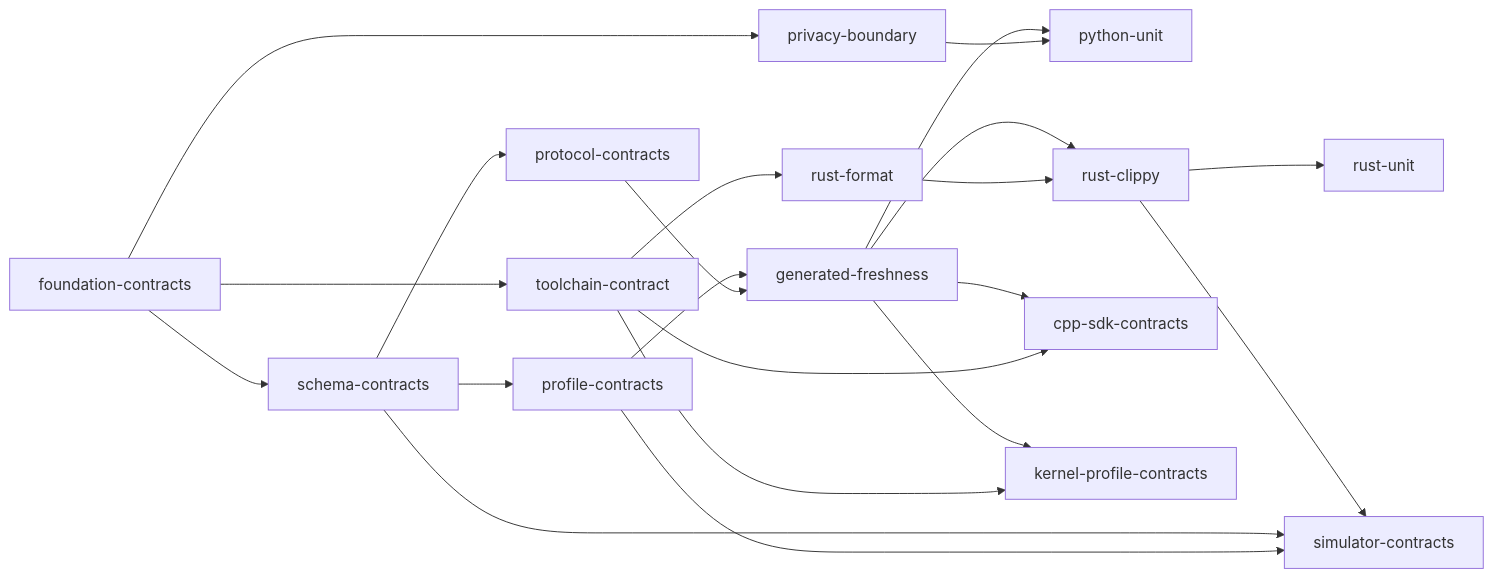
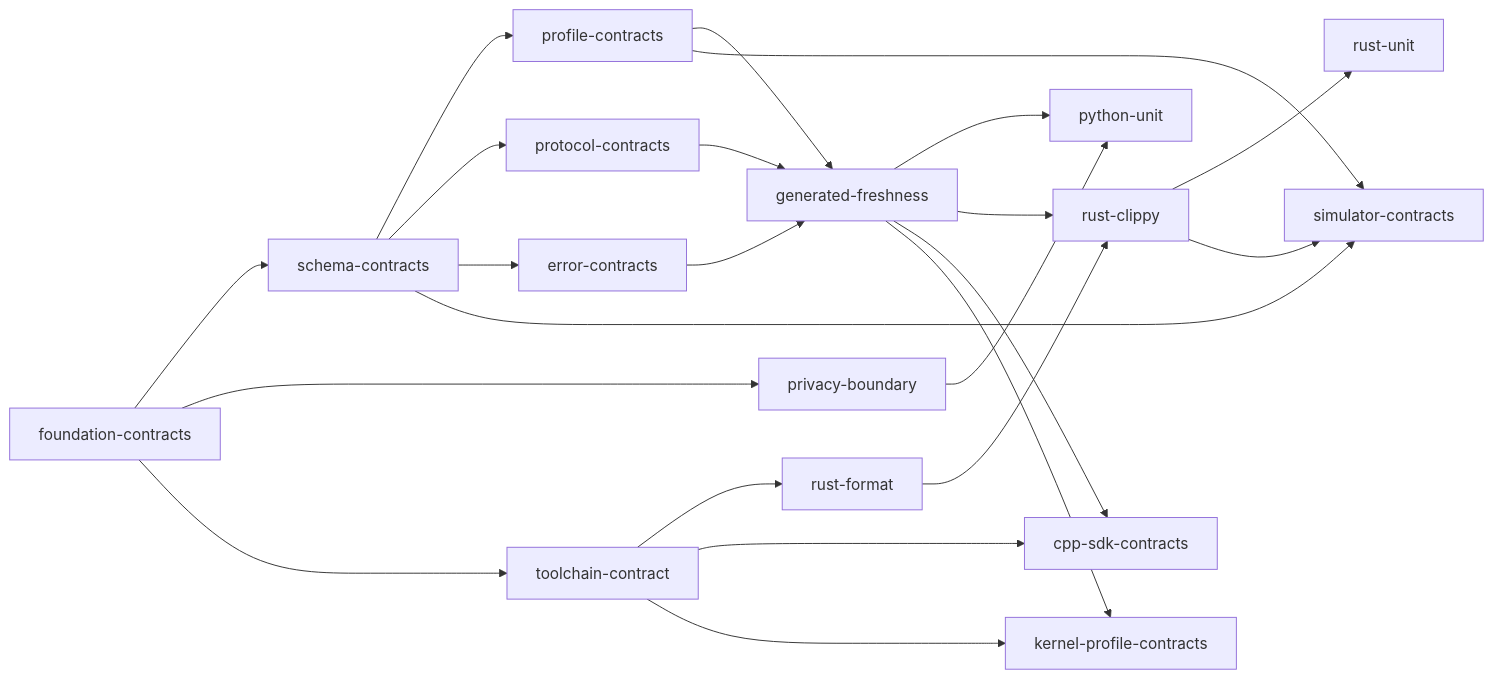
Before and after one commit to offalexjackson777-stack/hyperflux-next: the diagram in docs/generated/verification.md, drawn with Mermaid. The commit also changed other lines of this file and 48 other files, not shown here.

````diff
--- a/docs/generated/verification.md
+++ b/docs/generated/verification.md
@@ -27,37 +28,40 @@
 ```mermaid
 flowchart LR
     foundation_contracts["foundation-contracts"]
     schema_contracts["schema-contracts"]
     privacy_boundary["privacy-boundary"]
     toolchain_contract["toolchain-contract"]
     profile_contracts["profile-contracts"]
     protocol_contracts["protocol-contracts"]
+    error_contracts["error-contracts"]
     rust_format["rust-format"]
     generated_freshness["generated-freshness"]
     python_unit["python-unit"]
     rust_clippy["rust-clippy"]
     cpp_sdk_contracts["cpp-sdk-contracts"]
     kernel_profile_contracts["kernel-profile-contracts"]
     rust_unit["rust-unit"]
     simulator_contracts["simulator-contracts"]
     foundation_contracts --> schema_contracts
     foundation_contracts --> privacy_boundary
     foundation_contracts --> toolchain_contract
     schema_contracts --> profile_contracts
     schema_contracts --> protocol_contracts
+    schema_contracts --> error_contracts
     toolchain_contract --> rust_format
     profile_contracts --> generated_freshness
     protocol_contracts --> generated_freshness
+    error_contracts --> generated_freshness
     generated_freshness --> python_unit
     privacy_boundary --> python_unit
     generated_freshness --> rust_clippy
     rust_format --> rust_clippy
     generated_freshness --> cpp_sdk_contracts
     toolchain_contract --> cpp_sdk_contracts
     generated_freshness --> kernel_profile_contracts
     toolchain_contract --> kernel_profile_contracts
     rust_clippy --> rust_unit
     rust_clippy --> simulator_contracts
     schema_contracts --> simulator_contracts
     profile_contracts --> simulator_contracts
 ```
````
